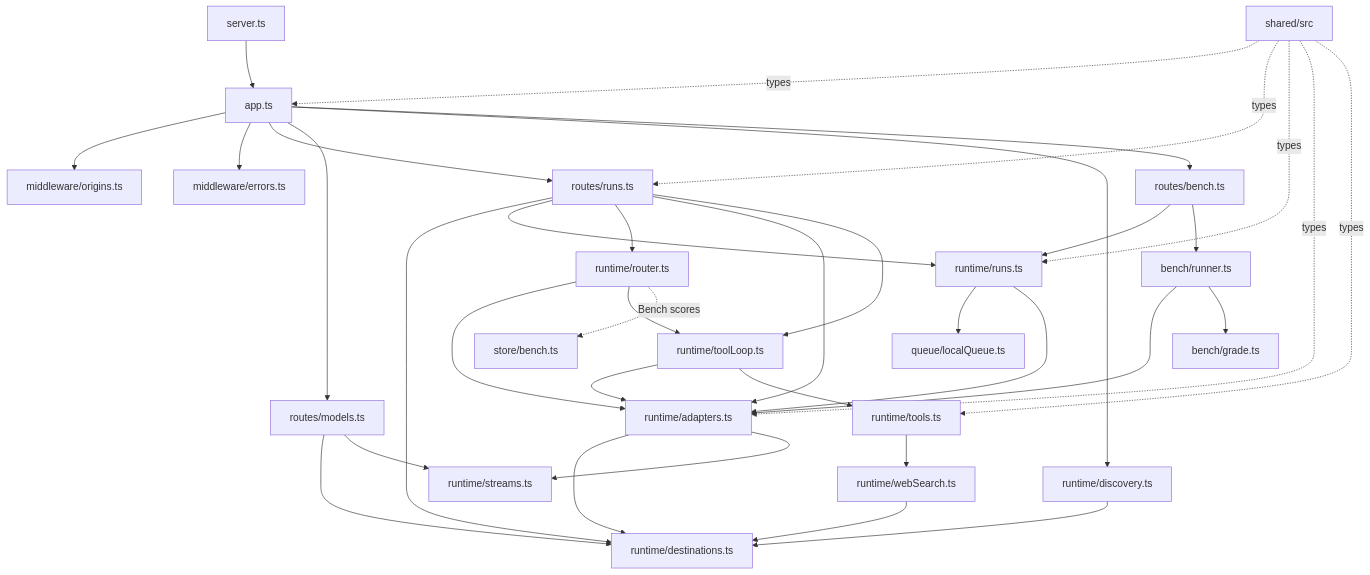
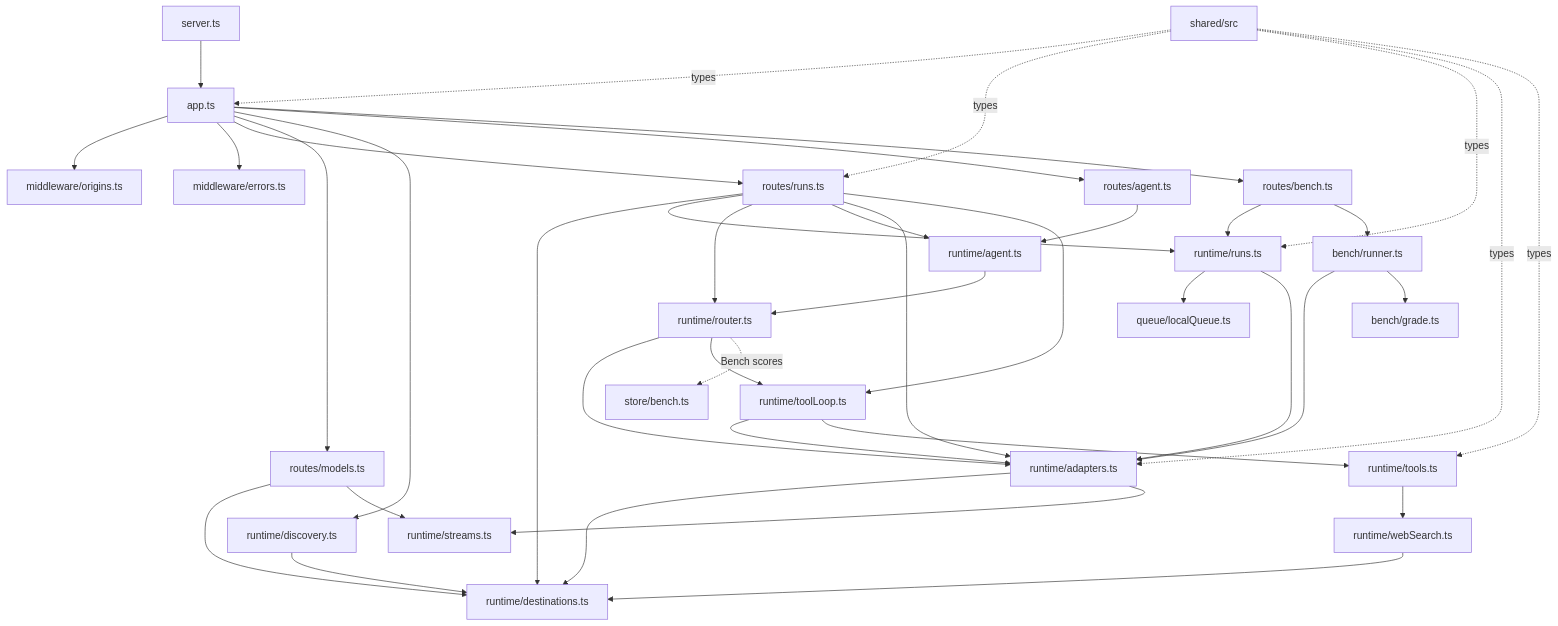
Before and after one commit to sanketmuchhala/Nerdplexity: the third of 5 diagrams in backend/docs/architecture.md, drawn with Mermaid. The commit also changed 11 other files, not shown here.

First line of the commit message:
docs(agent): Free Agent architecture, and two fixes found writing it

````diff
--- a/backend/docs/architecture.md
+++ b/backend/docs/architecture.md
@@ -94,42 +94,46 @@
 ```mermaid
 flowchart TD
     Server[server.ts] --> App[app.ts]
     App --> Origins[middleware/origins.ts]
     App --> Errors[middleware/errors.ts]
     App --> RunRoutes[routes/runs.ts]
     App --> ModelRoutes[routes/models.ts]
     App --> Discovery[runtime/discovery.ts]
 
     RunRoutes --> Destinations[runtime/destinations.ts]
     RunRoutes --> Registry[runtime/runs.ts]
     RunRoutes --> Router[runtime/router.ts]
+    RunRoutes --> Agent[runtime/agent.ts]
+    Agent --> Router
+    App --> AgentRoutes[routes/agent.ts]
+    AgentRoutes --> Agent
     Router --> Adapters
     Router --> ToolLoop
     App --> BenchRoutes[routes/bench.ts]
     BenchRoutes --> Registry
     BenchRoutes --> BenchRunner[bench/runner.ts]
     BenchRunner --> Adapters
     BenchRunner --> Graders[bench/grade.ts]
     Router -. Bench scores .-> Store[store/bench.ts]
     RunRoutes --> Adapters[runtime/adapters.ts]
     RunRoutes --> ToolLoop[runtime/toolLoop.ts]
 
     Registry --> Queue[queue/localQueue.ts]
     Registry --> Adapters
     ToolLoop --> Adapters
     ToolLoop --> Tools[runtime/tools.ts]
     Tools --> WebSearch[runtime/webSearch.ts]
 
     ModelRoutes --> Destinations
     ModelRoutes --> Streams[runtime/streams.ts]
     Discovery --> Destinations
     Adapters --> Destinations
     Adapters --> Streams
     WebSearch --> Destinations
 
     Contracts[shared/src] -. types .-> App
     Contracts -. types .-> RunRoutes
     Contracts -. types .-> Registry
     Contracts -. types .-> Adapters
     Contracts -. types .-> Tools
 ```
````
